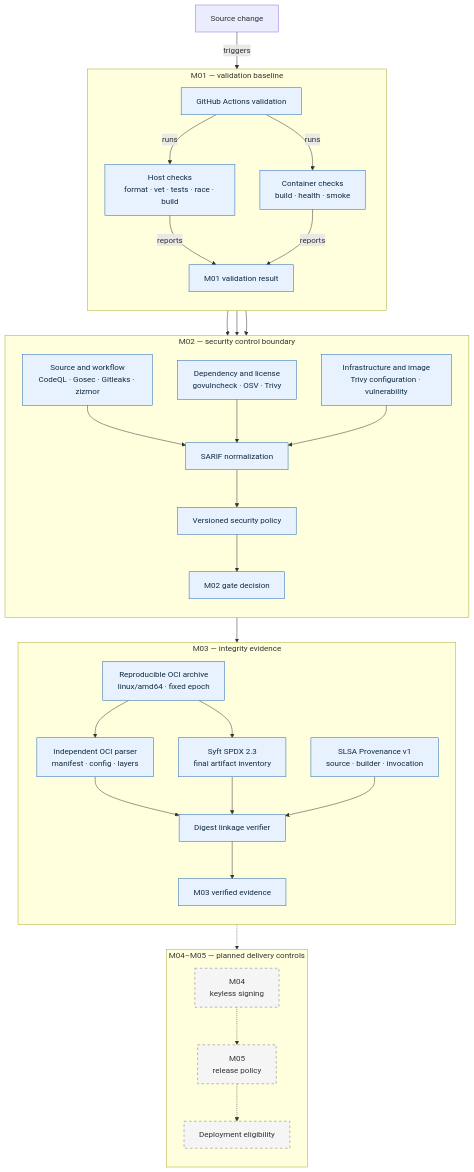
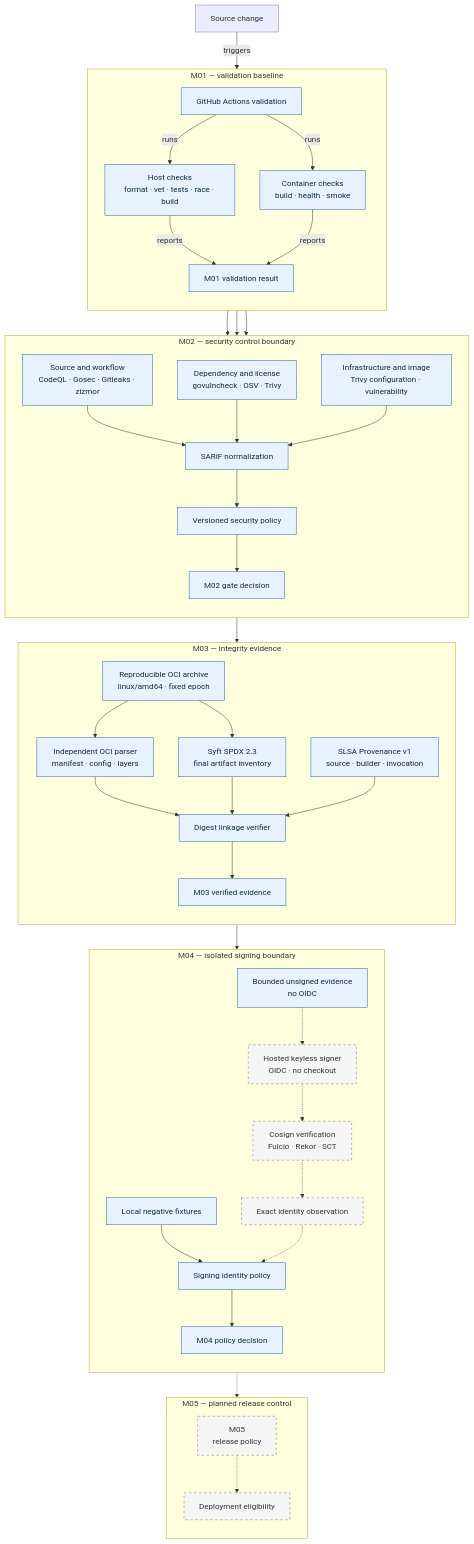
The diagram in docs/architecture/pipeline-flow.md (satishgampala/devsecops-supply-chain-template), drawn with Mermaid before and after one commit. The commit also changed other lines of this file and 8 other files, not shown here.

Commit message:
docs: record M04 signing policy evidence

````diff
--- a/docs/architecture/pipeline-flow.md
+++ b/docs/architecture/pipeline-flow.md
@@ -5,47 +5,57 @@
 ```mermaid
 flowchart TB
   change[Source change] -->|triggers| ci[GitHub Actions validation]
 
   subgraph baseline["M01 — validation baseline"]
     direction TB
     ci -->|runs| host[Host checks<br/>format · vet · tests · race · build]
     ci -->|runs| container[Container checks<br/>build · health · smoke]
     host -->|reports| m01[M01 validation result]
     container -->|reports| m01
   end
 
   subgraph scanning["M02 — security control boundary"]
     direction TB
     m01 --> source[Source and workflow<br/>CodeQL · Gosec · Gitleaks · zizmor]
     m01 --> dependency[Dependency and license<br/>govulncheck · OSV · Trivy]
     m01 --> artifact[Infrastructure and image<br/>Trivy configuration · vulnerability]
     source --> normalize[SARIF normalization]
     dependency --> normalize
     artifact --> normalize
     normalize --> policy[Versioned security policy]
     policy --> m02[M02 gate decision]
   end
 
   subgraph integrity["M03 — integrity evidence"]
     direction TB
     m02 --> oci[Reproducible OCI archive<br/>linux/amd64 · fixed epoch]
     oci --> subject[Independent OCI parser<br/>manifest · config · layers]
     oci --> syft[Syft SPDX 2.3<br/>final artifact inventory]
     subject --> bind[Digest linkage verifier]
     syft --> bind
     provenance[SLSA Provenance v1<br/>source · builder · invocation] --> bind
     bind --> m03[M03 verified evidence]
   end
 
-  subgraph future["M04–M05 — planned delivery controls"]
+  subgraph signing["M04 — isolated signing boundary"]
     direction TB
-    m03 -.-> m04[M04<br/>keyless signing]
+    m03 --> transfer[Bounded unsigned evidence<br/>no OIDC]
+    transfer -.-> signer[Hosted keyless signer<br/>OIDC · no checkout]
+    signer -.-> cosign[Cosign verification<br/>Fulcio · Rekor · SCT]
+    cosign -.-> identity[Exact identity observation]
+    fixtures[Local negative fixtures] --> signPolicy[Signing identity policy]
+    identity -.-> signPolicy
+    signPolicy --> m04[M04 policy decision]
+  end
+
+  subgraph future["M05 — planned release control"]
+    direction TB
     m04 -.-> m05[M05<br/>release policy]
     m05 -.-> eligibility[Deployment eligibility]
   end
 
   classDef currentNode fill:#e8f2ff,stroke:#2167ae,color:#102a43;
   classDef planned fill:#f5f5f5,stroke:#777,stroke-dasharray:5 5,color:#333;
-  class ci,host,container,m01,source,dependency,artifact,normalize,policy,m02,oci,subject,syft,provenance,bind,m03 currentNode;
-  class m04,m05,eligibility planned;
+  class ci,host,container,m01,source,dependency,artifact,normalize,policy,m02,oci,subject,syft,provenance,bind,m03,transfer,fixtures,signPolicy,m04 currentNode;
+  class signer,cosign,identity,m05,eligibility planned;
 ```
````
